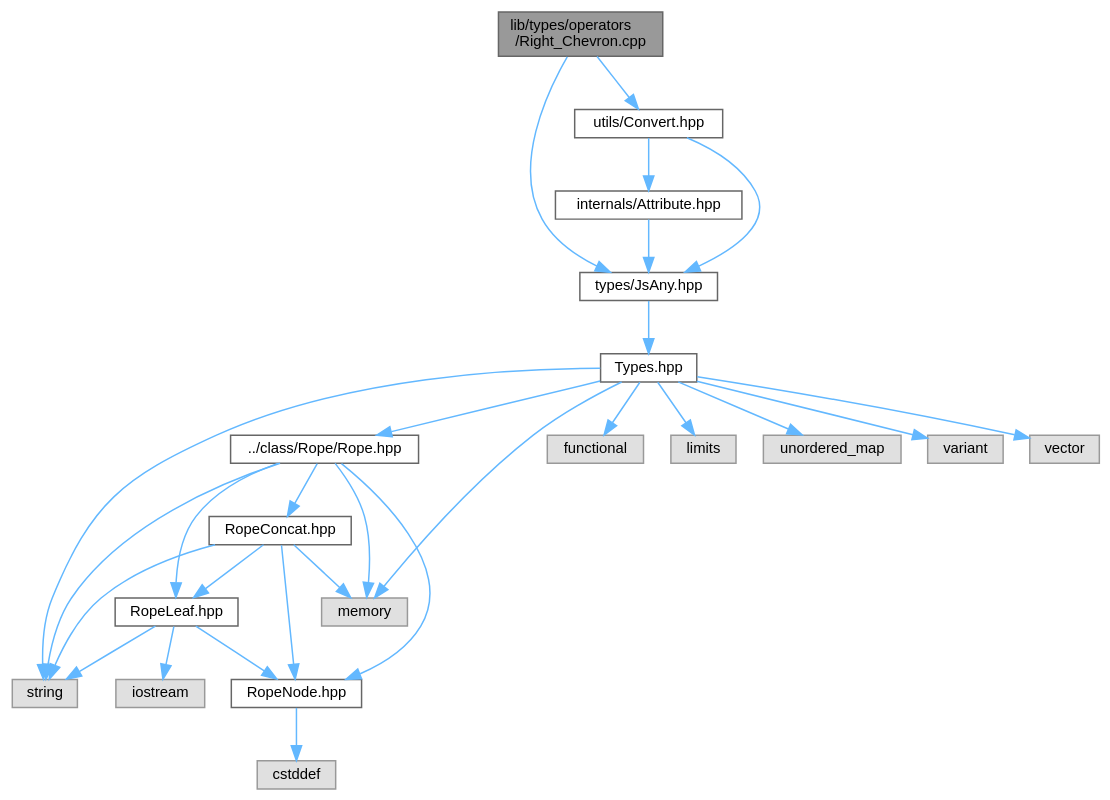
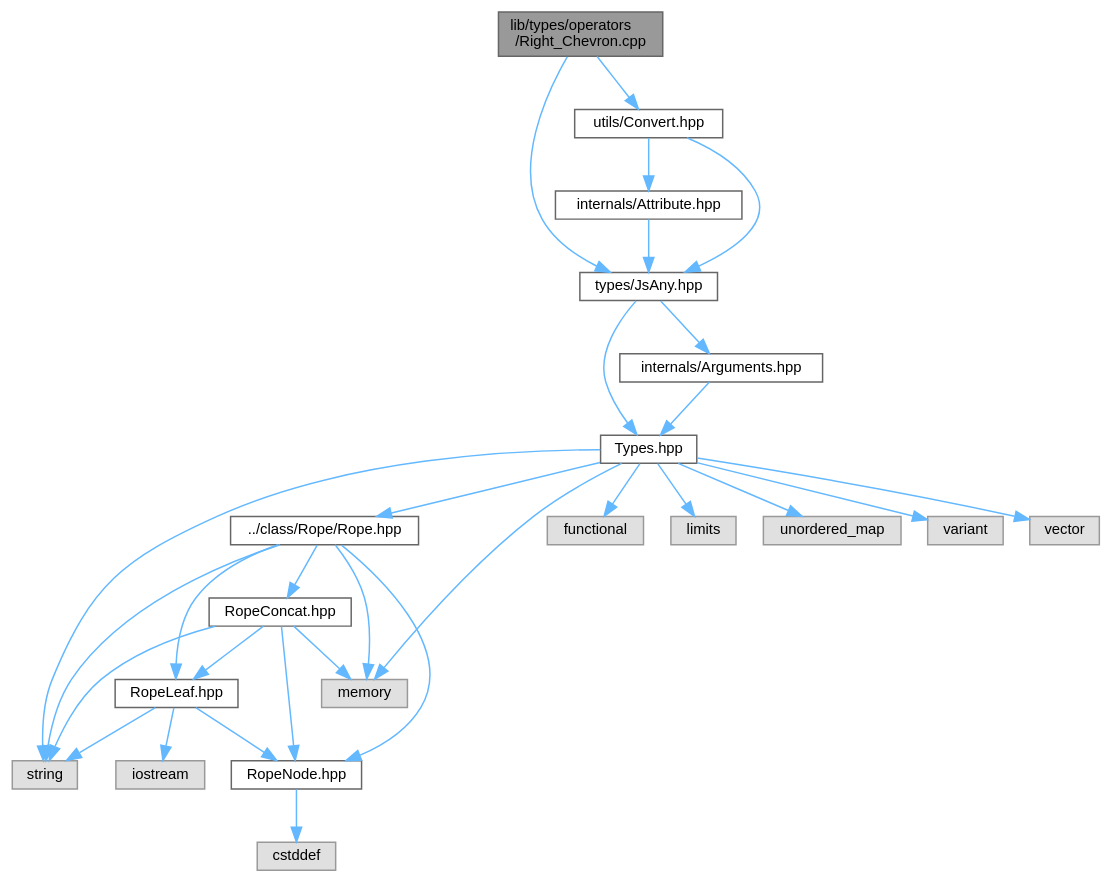
The diagram in Right__Chevron_8cpp__incl.dot (JS-CMP/JS-CMP), drawn with Graphviz before and after one commit. The commit also changed 233 other files, not shown here.

```diff
--- a/Right__Chevron_8cpp__incl.dot
+++ b/Right__Chevron_8cpp__incl.dot
@@ -1,52 +1,55 @@
 digraph "lib/types/operators/Right_Chevron.cpp"
 {
  // LATEX_PDF_SIZE
   bgcolor="transparent";
   edge [fontname=Helvetica,fontsize=10,labelfontname=Helvetica,labelfontsize=10];
   node [fontname=Helvetica,fontsize=10,shape=box,height=0.2,width=0.4];
   Node1 [id="Node000001",label="lib/types/operators\l/Right_Chevron.cpp",height=0.2,width=0.4,color="gray40", fillcolor="grey60", style="filled", fontcolor="black",tooltip=" "];
   Node1 -> Node2 [id="edge1_Node000001_Node000002",color="steelblue1",style="solid",tooltip=" "];
   Node2 [id="Node000002",label="types/JsAny.hpp",height=0.2,width=0.4,color="grey40", fillcolor="white", style="filled",URL="$JsAny_8hpp.html",tooltip=" "];
   Node2 -> Node3 [id="edge2_Node000002_Node000003",color="steelblue1",style="solid",tooltip=" "];
   Node3 [id="Node000003",label="Types.hpp",height=0.2,width=0.4,color="grey40", fillcolor="white", style="filled",URL="$Types_8hpp.html",tooltip=" "];
   Node3 -> Node4 [id="edge3_Node000003_Node000004",color="steelblue1",style="solid",tooltip=" "];
   Node4 [id="Node000004",label="../class/Rope/Rope.hpp",height=0.2,width=0.4,color="grey40", fillcolor="white", style="filled",URL="$Rope_8hpp.html",tooltip=" "];
   Node4 -> Node5 [id="edge4_Node000004_Node000005",color="steelblue1",style="solid",tooltip=" "];
   Node5 [id="Node000005",label="RopeConcat.hpp",height=0.2,width=0.4,color="grey40", fillcolor="white", style="filled",URL="$RopeConcat_8hpp.html",tooltip=" "];
   Node5 -> Node6 [id="edge5_Node000005_Node000006",color="steelblue1",style="solid",tooltip=" "];
   Node6 [id="Node000006",label="RopeLeaf.hpp",height=0.2,width=0.4,color="grey40", fillcolor="white", style="filled",URL="$RopeLeaf_8hpp.html",tooltip=" "];
   Node6 -> Node7 [id="edge6_Node000006_Node000007",color="steelblue1",style="solid",tooltip=" "];
   Node7 [id="Node000007",label="RopeNode.hpp",height=0.2,width=0.4,color="grey40", fillcolor="white", style="filled",URL="$RopeNode_8hpp.html",tooltip=" "];
   Node7 -> Node8 [id="edge7_Node000007_Node000008",color="steelblue1",style="solid",tooltip=" "];
   Node8 [id="Node000008",label="cstddef",height=0.2,width=0.4,color="grey60", fillcolor="#E0E0E0", style="filled",tooltip=" "];
   Node6 -> Node9 [id="edge8_Node000006_Node000009",color="steelblue1",style="solid",tooltip=" "];
   Node9 [id="Node000009",label="iostream",height=0.2,width=0.4,color="grey60", fillcolor="#E0E0E0", style="filled",tooltip=" "];
   Node6 -> Node10 [id="edge9_Node000006_Node000010",color="steelblue1",style="solid",tooltip=" "];
   Node10 [id="Node000010",label="string",height=0.2,width=0.4,color="grey60", fillcolor="#E0E0E0", style="filled",tooltip=" "];
   Node5 -> Node7 [id="edge10_Node000005_Node000007",color="steelblue1",style="solid",tooltip=" "];
   Node5 -> Node11 [id="edge11_Node000005_Node000011",color="steelblue1",style="solid",tooltip=" "];
   Node11 [id="Node000011",label="memory",height=0.2,width=0.4,color="grey60", fillcolor="#E0E0E0", style="filled",tooltip=" "];
   Node5 -> Node10 [id="edge12_Node000005_Node000010",color="steelblue1",style="solid",tooltip=" "];
   Node4 -> Node6 [id="edge13_Node000004_Node000006",color="steelblue1",style="solid",tooltip=" "];
   Node4 -> Node7 [id="edge14_Node000004_Node000007",color="steelblue1",style="solid",tooltip=" "];
   Node4 -> Node11 [id="edge15_Node000004_Node000011",color="steelblue1",style="solid",tooltip=" "];
   Node4 -> Node10 [id="edge16_Node000004_Node000010",color="steelblue1",style="solid",tooltip=" "];
   Node3 -> Node12 [id="edge17_Node000003_Node000012",color="steelblue1",style="solid",tooltip=" "];
   Node12 [id="Node000012",label="functional",height=0.2,width=0.4,color="grey60", fillcolor="#E0E0E0", style="filled",tooltip=" "];
   Node3 -> Node13 [id="edge18_Node000003_Node000013",color="steelblue1",style="solid",tooltip=" "];
   Node13 [id="Node000013",label="limits",height=0.2,width=0.4,color="grey60", fillcolor="#E0E0E0", style="filled",tooltip=" "];
   Node3 -> Node11 [id="edge19_Node000003_Node000011",color="steelblue1",style="solid",tooltip=" "];
   Node3 -> Node10 [id="edge20_Node000003_Node000010",color="steelblue1",style="solid",tooltip=" "];
   Node3 -> Node14 [id="edge21_Node000003_Node000014",color="steelblue1",style="solid",tooltip=" "];
   Node14 [id="Node000014",label="unordered_map",height=0.2,width=0.4,color="grey60", fillcolor="#E0E0E0", style="filled",tooltip=" "];
   Node3 -> Node15 [id="edge22_Node000003_Node000015",color="steelblue1",style="solid",tooltip=" "];
   Node15 [id="Node000015",label="variant",height=0.2,width=0.4,color="grey60", fillcolor="#E0E0E0", style="filled",tooltip=" "];
   Node3 -> Node16 [id="edge23_Node000003_Node000016",color="steelblue1",style="solid",tooltip=" "];
   Node16 [id="Node000016",label="vector",height=0.2,width=0.4,color="grey60", fillcolor="#E0E0E0", style="filled",tooltip=" "];
-  Node1 -> Node17 [id="edge24_Node000001_Node000017",color="steelblue1",style="solid",tooltip=" "];
-  Node17 [id="Node000017",label="utils/Convert.hpp",height=0.2,width=0.4,color="grey40", fillcolor="white", style="filled",URL="$Convert_8hpp.html",tooltip=" "];
-  Node17 -> Node18 [id="edge25_Node000017_Node000018",color="steelblue1",style="solid",tooltip=" "];
-  Node18 [id="Node000018",label="internals/Attribute.hpp",height=0.2,width=0.4,color="grey40", fillcolor="white", style="filled",URL="$Attribute_8hpp.html",tooltip=" "];
-  Node18 -> Node2 [id="edge26_Node000018_Node000002",color="steelblue1",style="solid",tooltip=" "];
-  Node17 -> Node2 [id="edge27_Node000017_Node000002",color="steelblue1",style="solid",tooltip=" "];
+  Node2 -> Node17 [id="edge24_Node000002_Node000017",color="steelblue1",style="solid",tooltip=" "];
+  Node17 [id="Node000017",label="internals/Arguments.hpp",height=0.2,width=0.4,color="grey40", fillcolor="white", style="filled",URL="$Arguments_8hpp.html",tooltip=" "];
+  Node17 -> Node3 [id="edge25_Node000017_Node000003",color="steelblue1",style="solid",tooltip=" "];
+  Node1 -> Node18 [id="edge26_Node000001_Node000018",color="steelblue1",style="solid",tooltip=" "];
+  Node18 [id="Node000018",label="utils/Convert.hpp",height=0.2,width=0.4,color="grey40", fillcolor="white", style="filled",URL="$Convert_8hpp.html",tooltip=" "];
+  Node18 -> Node19 [id="edge27_Node000018_Node000019",color="steelblue1",style="solid",tooltip=" "];
+  Node19 [id="Node000019",label="internals/Attribute.hpp",height=0.2,width=0.4,color="grey40", fillcolor="white", style="filled",URL="$Attribute_8hpp.html",tooltip=" "];
+  Node19 -> Node2 [id="edge28_Node000019_Node000002",color="steelblue1",style="solid",tooltip=" "];
+  Node18 -> Node2 [id="edge29_Node000018_Node000002",color="steelblue1",style="solid",tooltip=" "];
 }
```
